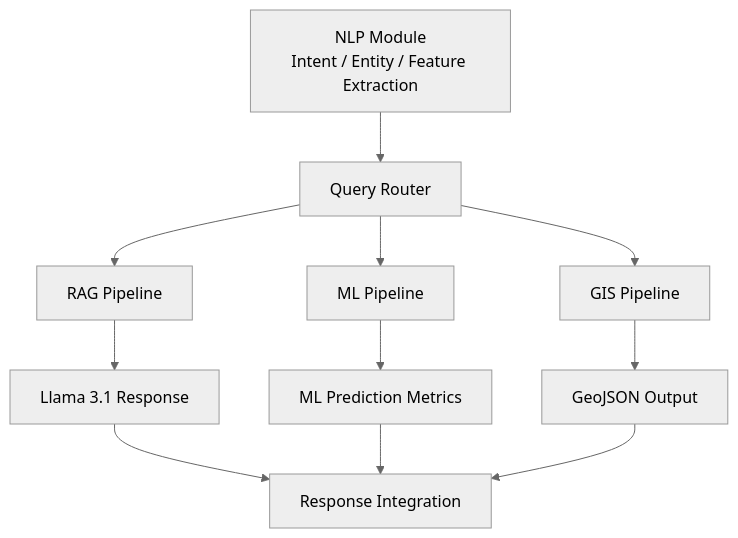
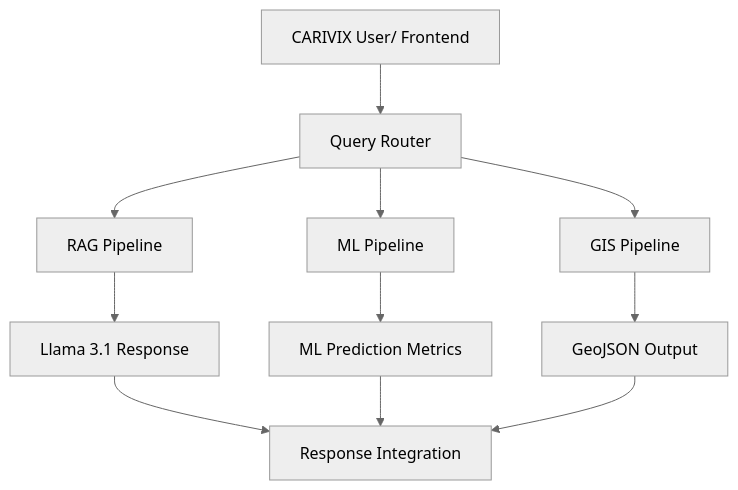
Before and after one commit to ShivanathSamudrala/CARIVIX-AI-docs: the second of 2 diagrams in Knowledge Base /03_System_Design/08. System_Architecture.md, drawn with Mermaid (neutral theme).

Commit message:
Update 08. System_Architecture.md

````diff
--- a/Knowledge Base /03_System_Design/08. System_Architecture.md
+++ b/Knowledge Base /03_System_Design/08. System_Architecture.md
@@ -96,13 +96,13 @@
 ```mermaid
 flowchart TD
-    A["NLP Module<br/>Intent / Entity / Feature Extraction"] --> B["Query Router"]
+    A["CARIVIX User/ Frontend"] --> B["Query Router"]
     B --> C["RAG Pipeline"]
     B --> D["ML Pipeline"]
     B --> E["GIS Pipeline"]
     C --> F["Llama 3.1 Response"]
     D --> G["ML Prediction Metrics"]
     E --> H["GeoJSON Output"]
     F --> I["Response Integration"]
     G --> I
     H --> I
 ```
````
